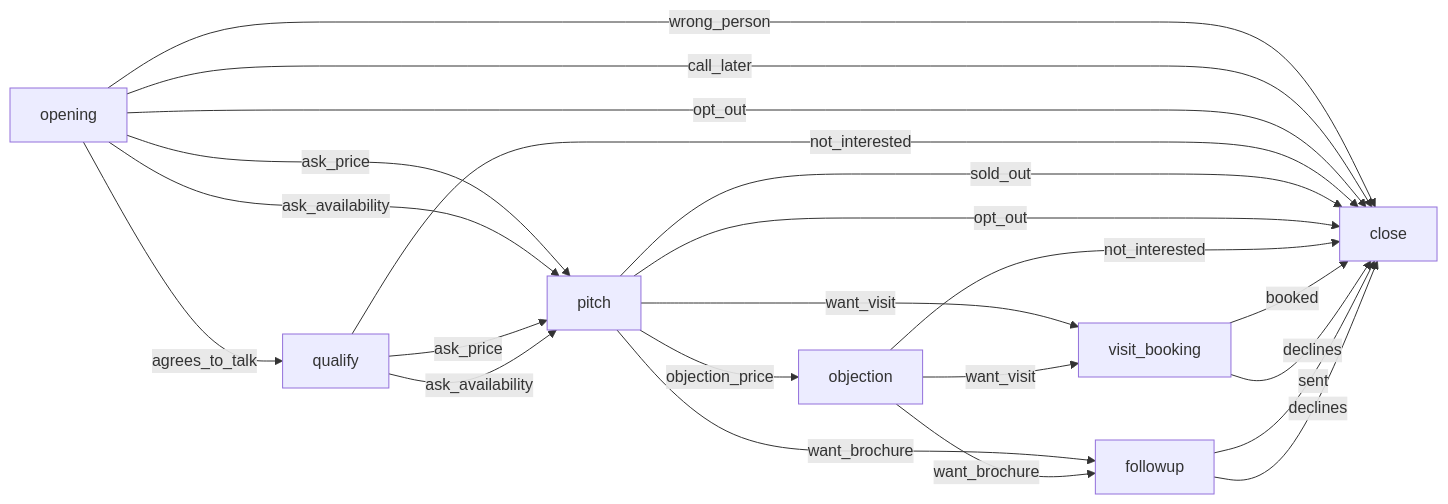
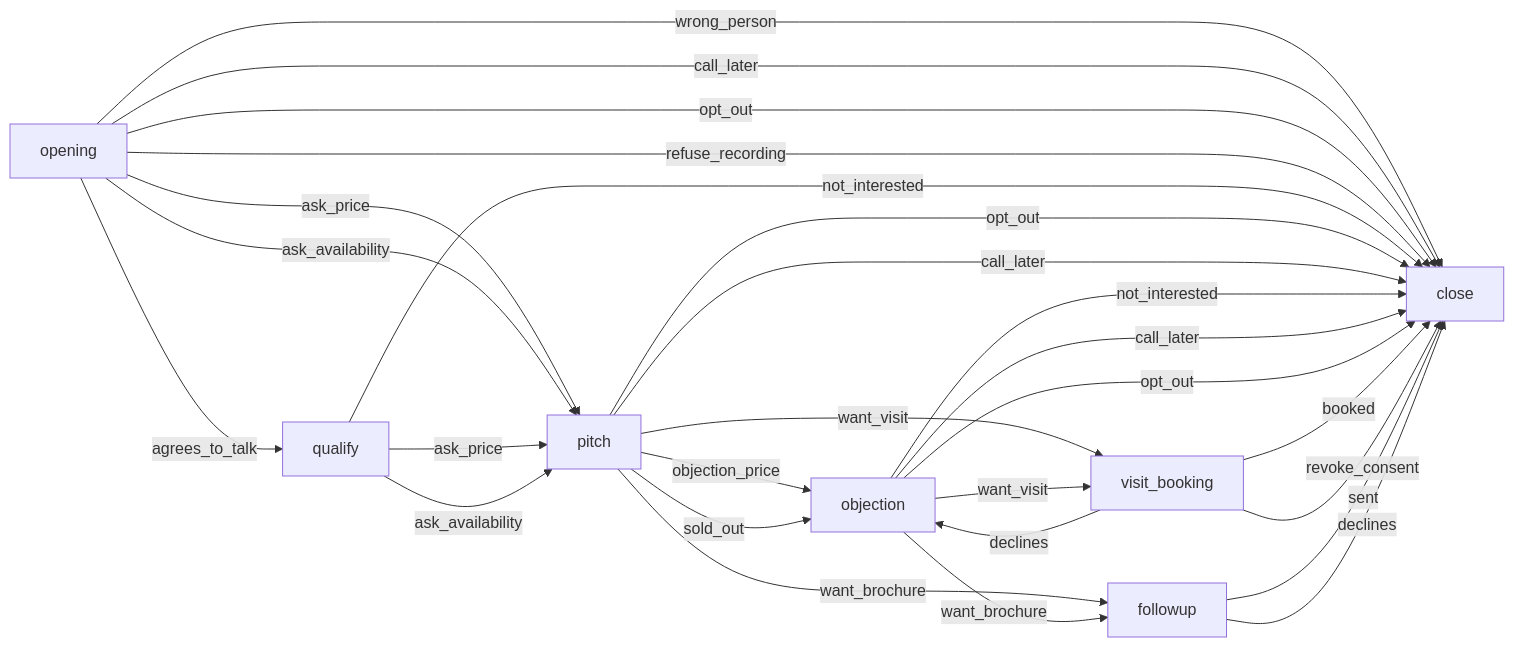
Before and after one commit to Ryugi62/proofcall: the diagram in export/pathway.md, drawn with Mermaid. The commit also changed 30 other files, not shown here.

First line of the commit message:
v0.3: consent gates inside exported functions (consent_id), cancel_booking, English/Hinglish function text + language lock-in, Hindi fallbacks, reverse language mismatch, unique booking refs + ISO slots, Expression conditions, call-level CIs + Fisher exact

````diff
--- a/export/pathway.md
+++ b/export/pathway.md
@@ -3,24 +3,29 @@
 ```mermaid
 flowchart LR
   opening -- agrees_to_talk --> qualify
   opening -- ask_price --> pitch
   opening -- ask_availability --> pitch
   opening -- wrong_person --> close
   opening -- call_later --> close
   opening -- opt_out --> close
+  opening -- refuse_recording --> close
   qualify -- ask_price --> pitch
   qualify -- ask_availability --> pitch
   qualify -- not_interested --> close
   pitch -- objection_price --> objection
   pitch -- want_visit --> visit_booking
   pitch -- want_brochure --> followup
-  pitch -- sold_out --> close
+  pitch -- sold_out --> objection
   pitch -- opt_out --> close
+  pitch -- call_later --> close
   objection -- want_visit --> visit_booking
   objection -- want_brochure --> followup
   objection -- not_interested --> close
+  objection -- call_later --> close
+  objection -- opt_out --> close
   visit_booking -- booked --> close
-  visit_booking -- declines --> close
+  visit_booking -- declines --> objection
+  visit_booking -- revoke_consent --> close
   followup -- sent --> close
   followup -- declines --> close
 ```
````
